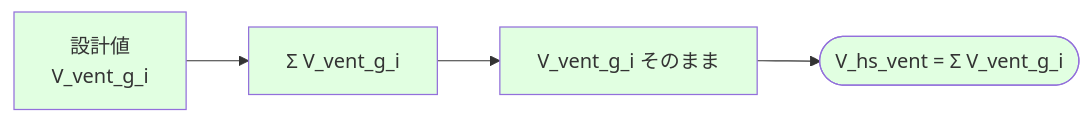
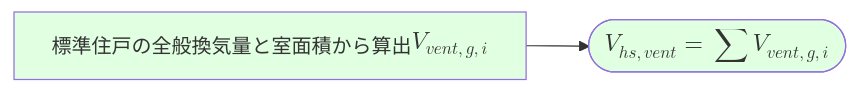
Before and after one commit to iguchi-lab/Verification-Platform-Next: the third of 7 diagrams in docs/最低風量_最低電力_直接入力.md, drawn with Mermaid. The commit also changed other lines of this file, not shown here.

````diff
--- a/docs/最低風量_最低電力_直接入力.md
+++ b/docs/最低風量_最低電力_直接入力.md
@@ -127,14 +127,10 @@
 ```mermaid
 flowchart LR
 
-Vg["設計値<br/>V_vent_g_i"]
+Vg["標準住戸の全般換気量と室面積から算出<br/>$$V_{vent,g,i}$$"]
 
-Vg --> Sum["Σ V_vent_g_i"]
-Sum --> Keep["V_vent_g_i そのまま"]
-Keep --> OutSum(["V_hs_vent = Σ V_vent_g_i"])
+Vg --> OutSum(["$$V_{hs,vent} = \sum V_{vent,g,i}$$"])
 
 style Vg fill:#e1ffe1
-style Sum fill:#e1ffe1
-style Keep fill:#e1ffe1
 style OutSum fill:#e1ffe1
 ```
````
